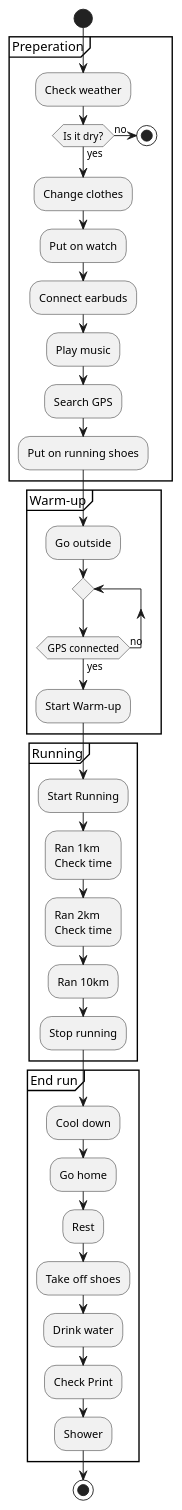
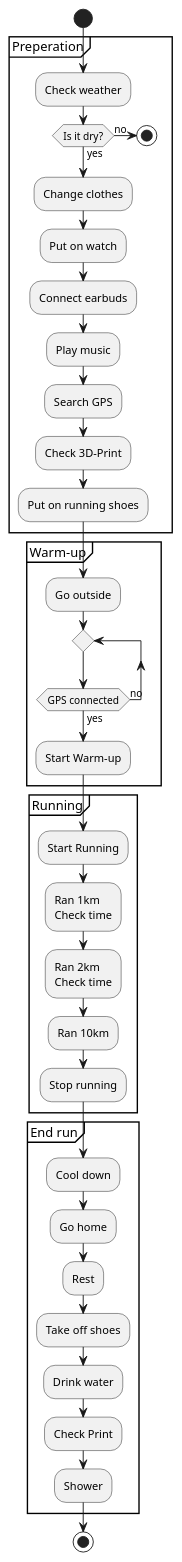
Before and after one commit to QuintenWeerkamp/Routine: the diagram in src/chapter_1.md, drawn with PlantUML. The commit also changed 5 other files, not shown here.

````diff
--- a/src/chapter_1.md
+++ b/src/chapter_1.md
@@ -2,44 +2,45 @@
 ```plantuml
 @startuml
 start
 Group Preperation
 :Check weather;
 if (Is it dry?) then (no)
 stop
 Else (yes)
 endif
 :Change clothes;
 :Put on watch;
 :Connect earbuds;
 :Play music;
 :Search GPS;
+:Check 3D-Print;
 :Put on running shoes;
 end group
 Group Warm-up
 :Go outside;
 repeat
 repeat while (GPS connected) is (no) not (yes)
 :Start Warm-up;
 End group
 Group Running
 :Start Running;
 :Ran 1km\nCheck time;
 :Ran 2km\nCheck time;
 :Ran 10km;
 :Stop running;
 end group
 Group End run
 :Cool down;
 :Go home;
 :Rest;
 :Take off shoes;
 :Drink water;
 :Check Print;
 :Shower;
 end group
 
 
 
 Stop
 @enduml
 ```
````
